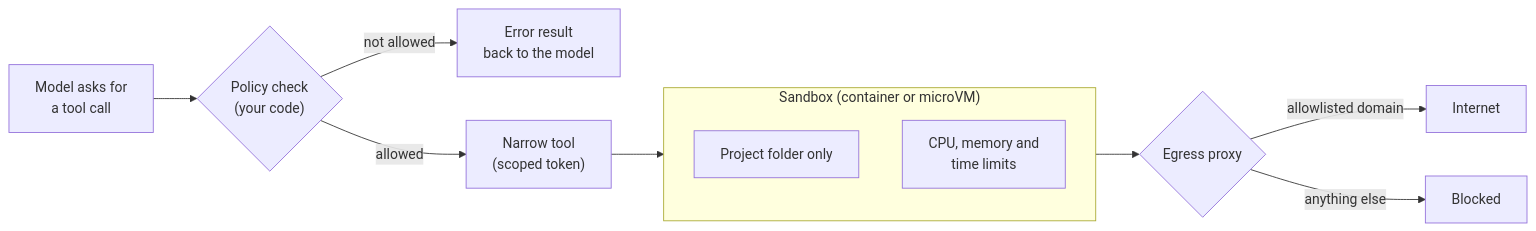
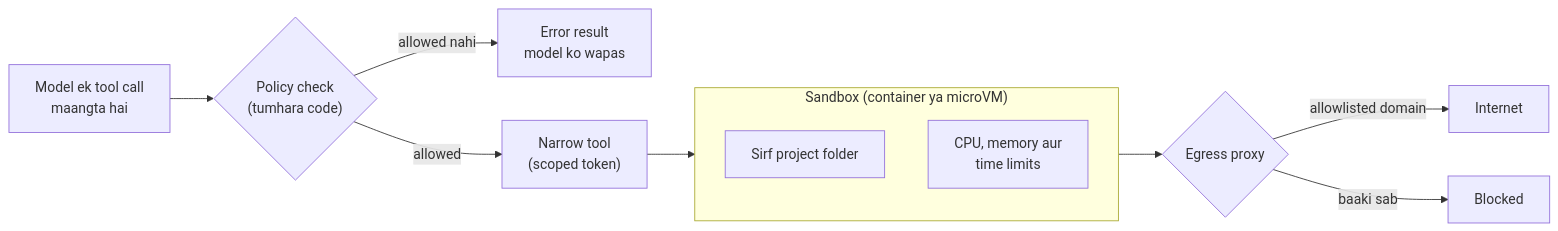
Before and after one commit to asmustechno/agentic-ai-notes: the diagram in docs/13-safety-and-guardrails/13.3-least-privilege-and-sandboxing.md, drawn with Mermaid. The commit also changed other lines of this file and 135 other files, not shown here.

````diff
--- a/docs/13-safety-and-guardrails/13.3-least-privilege-and-sandboxing.md
+++ b/docs/13-safety-and-guardrails/13.3-least-privilege-and-sandboxing.md
@@ -45,15 +49,15 @@
 ```mermaid
 flowchart LR
-    M["Model asks for<br/>a tool call"] --> P{"Policy check<br/>(your code)"}
-    P -->|"not allowed"| R["Error result<br/>back to the model"]
+    M["Model ek tool call<br/>maangta hai"] --> P{"Policy check<br/>(tumhara code)"}
+    P -->|"allowed nahi"| R["Error result<br/>model ko wapas"]
     P -->|"allowed"| T["Narrow tool<br/>(scoped token)"]
     T --> S
-    subgraph S["Sandbox (container or microVM)"]
+    subgraph S["Sandbox (container ya microVM)"]
         direction TB
-        F["Project folder only"]
-        C["CPU, memory and<br/>time limits"]
+        F["Sirf project folder"]
+        C["CPU, memory aur<br/>time limits"]
     end
     S --> E{"Egress proxy"}
     E -->|"allowlisted domain"| I["Internet"]
-    E -->|"anything else"| X["Blocked"]
+    E -->|"baaki sab"| X["Blocked"]
 ```
````
